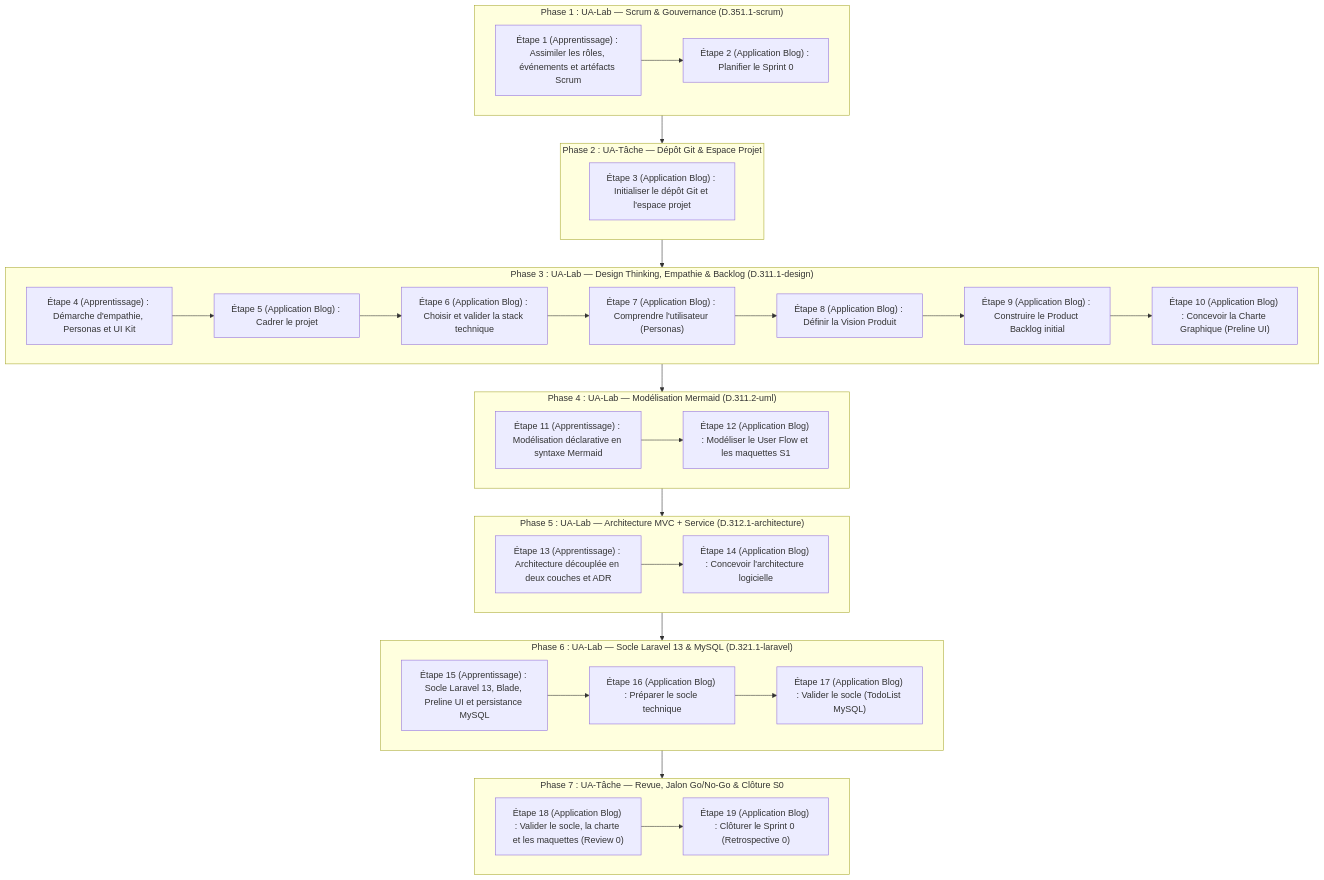
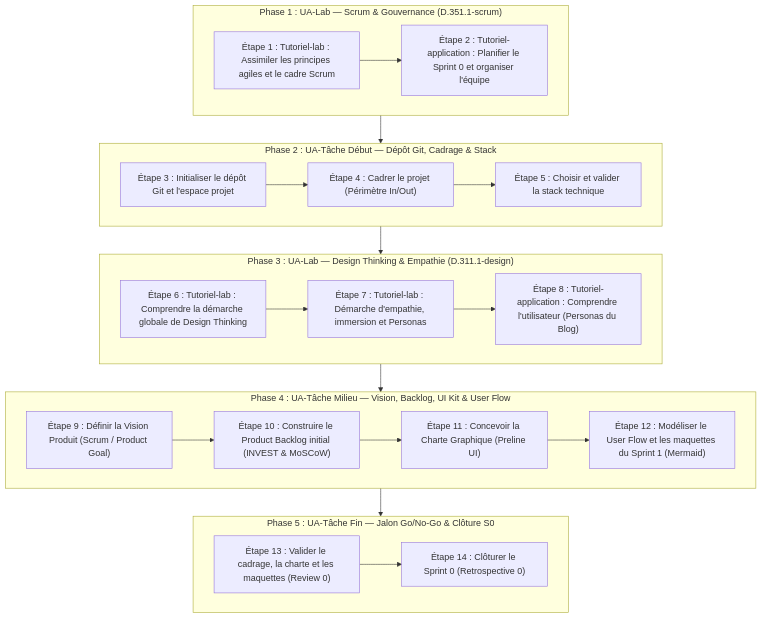
One commit to labs-web/projet-imiation-n3 changed the diagram in flux-travail/sessions/flux-travail-s0.md. Above: the diagram before and after it, drawn with Mermaid. The commit also changed other lines of this file and 4 other files, not shown here.

````diff
--- a/flux-travail/sessions/flux-travail-s0.md
+++ b/flux-travail/sessions/flux-travail-s0.md
@@ -57,50 +50,38 @@
 ```mermaid
 flowchart TD
     subgraph P1 ["Phase 1 : UA-Lab — Scrum & Gouvernance (D.351.1-scrum)"]
-        E1["Étape 1 (Apprentissage) : Assimiler les rôles, événements et artéfacts Scrum"]
-        E2["Étape 2 (Application Blog) : Planifier le Sprint 0"]
+        E1["Étape 1 : Tutoriel-lab : Assimiler les principes agiles et le cadre Scrum"]
+        E2["Étape 2 : Tutoriel-application : Planifier le Sprint 0 et organiser l'équipe"]
         E1 --> E2
     end
 
-    subgraph P2 ["Phase 2 : UA-Tâche — Dépôt Git & Espace Projet"]
-        E3["Étape 3 (Application Blog) : Initialiser le dépôt Git et l'espace projet"]
+    subgraph P2 ["Phase 2 : UA-Tâche Début — Dépôt Git, Cadrage & Stack"]
+        E3["Étape 3 : Initialiser le dépôt Git et l'espace projet"]
+        E4["Étape 4 : Cadrer le projet (Périmètre In/Out)"]
+        E5["Étape 5 : Choisir et valider la stack technique"]
+        E3 --> E4 --> E5
     end
 
-    subgraph P3 ["Phase 3 : UA-Lab — Design Thinking, Empathie & Backlog (D.311.1-design)"]
-        E4["Étape 4 (Apprentissage) : Démarche d'empathie, Personas et UI Kit"]
-        E5["Étape 5 (Application Blog) : Cadrer le projet"]
-        E6["Étape 6 (Application Blog) : Choisir et valider la stack technique"]
-        E7["Étape 7 (Application Blog) : Comprendre l'utilisateur (Personas)"]
-        E8["Étape 8 (Application Blog) : Définir la Vision Produit"]
-        E9["Étape 9 (Application Blog) : Construire le Product Backlog initial"]
-        E10["Étape 10 (Application Blog) : Concevoir la Charte Graphique (Preline UI)"]
-        E4 --> E5 --> E6 --> E7 --> E8 --> E9 --> E10
+    subgraph P3 ["Phase 3 : UA-Lab — Design Thinking & Empathie (D.311.1-design)"]
+        E6["Étape 6 : Tutoriel-lab : Comprendre la démarche globale de Design Thinking"]
+        E7["Étape 7 : Tutoriel-lab : Démarche d'empathie, immersion et Personas"]
+        E8["Étape 8 : Tutoriel-application : Comprendre l'utilisateur (Personas du Blog)"]
+        E6 --> E7 --> E8
     end
 
-    subgraph P4 ["Phase 4 : UA-Lab — Modélisation Mermaid (D.311.2-uml)"]
-        E11["Étape 11 (Apprentissage) : Modélisation déclarative en syntaxe Mermaid"]
-        E12["Étape 12 (Application Blog) : Modéliser le User Flow et les maquettes S1"]
-        E11 --> E12
+    subgraph P4 ["Phase 4 : UA-Tâche Milieu — Vision, Backlog, UI Kit & User Flow"]
+        E9["Étape 9 : Définir la Vision Produit (Scrum / Product Goal)"]
+        E10["Étape 10 : Construire le Product Backlog initial (INVEST & MoSCoW)"]
+        E11["Étape 11 : Concevoir la Charte Graphique (Preline UI)"]
+        E12["Étape 12 : Modéliser le User Flow et les maquettes du Sprint 1 (Mermaid)"]
+        E9 --> E10 --> E11 --> E12
     end
 
-    subgraph P5 ["Phase 5 : UA-Lab — Architecture MVC + Service (D.312.1-architecture)"]
-        E13["Étape 13 (Apprentissage) : Architecture découplée en deux couches et ADR"]
-        E14["Étape 14 (Application Blog) : Concevoir l'architecture logicielle"]
+    subgraph P5 ["Phase 5 : UA-Tâche Fin — Jalon Go/No-Go & Clôture S0"]
+        E13["Étape 13 : Valider le cadrage, la charte et les maquettes (Review 0)"]
+        E14["Étape 14 : Clôturer le Sprint 0 (Retrospective 0)"]
         E13 --> E14
     end
 
-    subgraph P6 ["Phase 6 : UA-Lab — Socle Laravel 13 & MySQL (D.321.1-laravel)"]
-        E15["Étape 15 (Apprentissage) : Socle Laravel 13, Blade, Preline UI et persistance MySQL"]
-        E16["Étape 16 (Application Blog) : Préparer le socle technique"]
-        E17["Étape 17 (Application Blog) : Valider le socle (TodoList MySQL)"]
-        E15 --> E16 --> E17
-    end
-
-    subgraph P7 ["Phase 7 : UA-Tâche — Revue, Jalon Go/No-Go & Clôture S0"]
-        E18["Étape 18 (Application Blog) : Valider le socle, la charte et les maquettes (Review 0)"]
-        E19["Étape 19 (Application Blog) : Clôturer le Sprint 0 (Retrospective 0)"]
-        E18 --> E19
-    end
-
-    P1 --> P2 --> P3 --> P4 --> P5 --> P6 --> P7
+    P1 --> P2 --> P3 --> P4 --> P5
 ```
````
